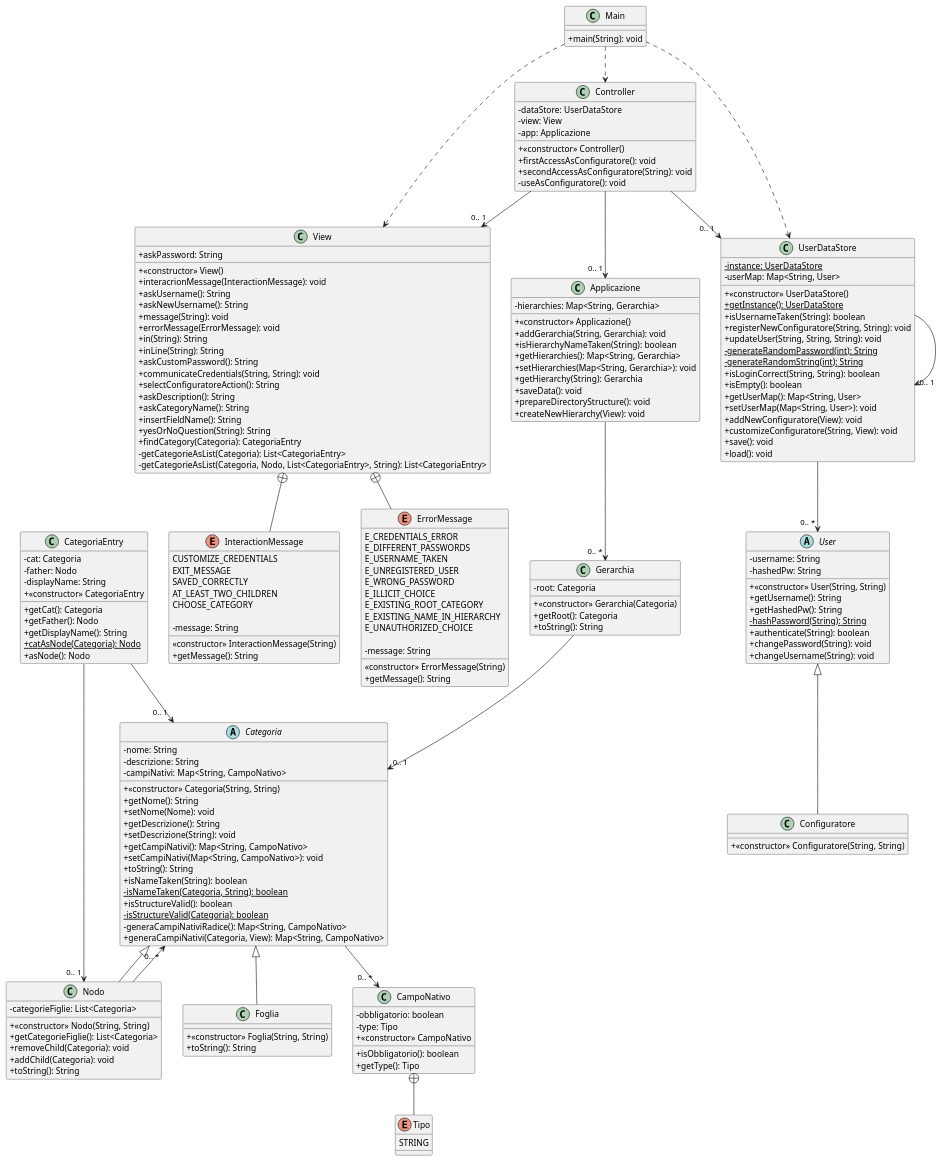
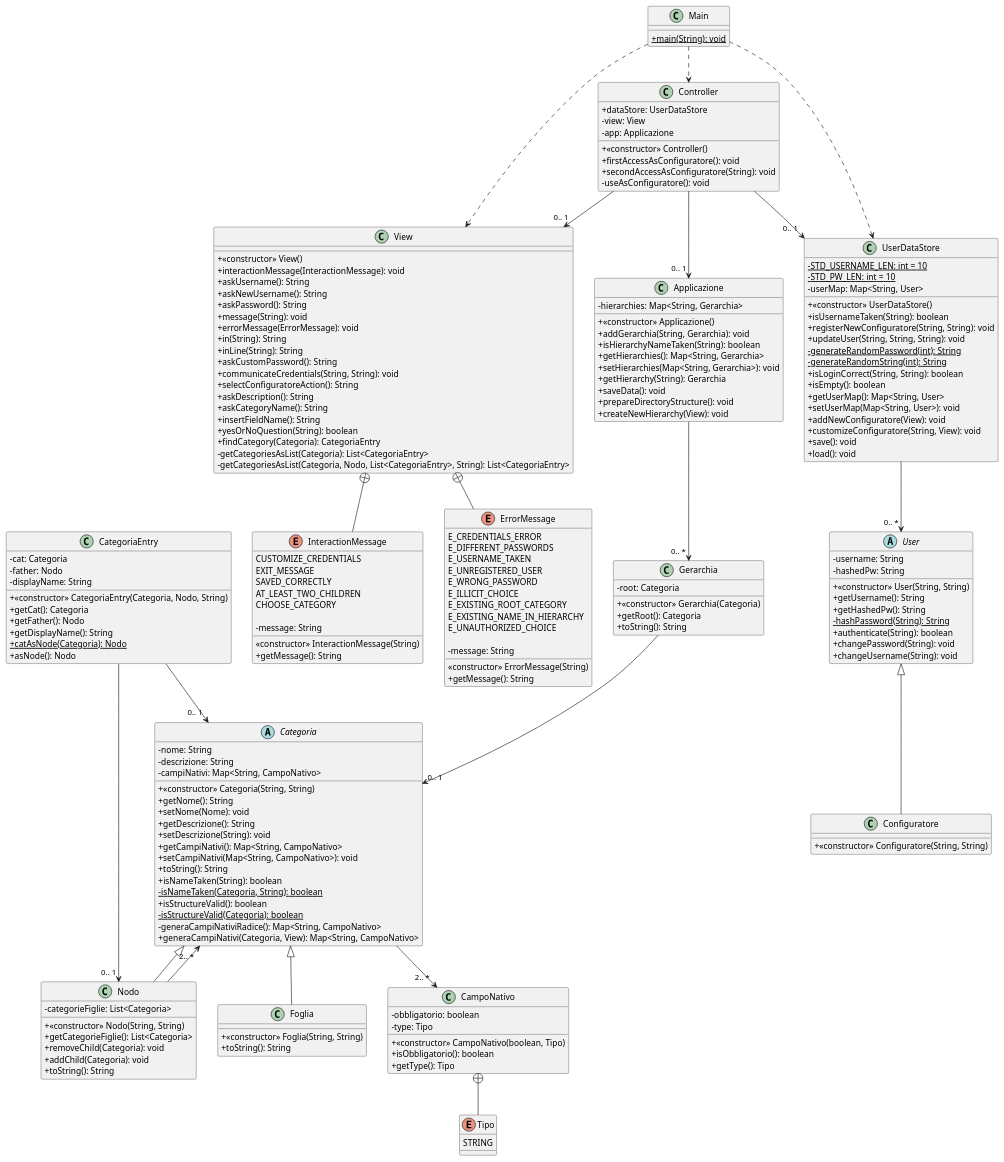
One commit to eletoo/inge_del_software changed the diagram in doc/uml/version1/puml/Class diagram simplified-Versione1.0.puml. Above: the diagram before and after it, drawn with PlantUML. The commit also changed 10 other files, not shown here.

```diff
--- a/doc/uml/version1/puml/Class diagram simplified-Versione1.0.puml
+++ b/doc/uml/version1/puml/Class diagram simplified-Versione1.0.puml
@@ -17,7 +17,7 @@
 class CampoNativo{
 - obbligatorio: boolean
 - type: Tipo
-+ <<constructor>> CampoNativo
++ <<constructor>> CampoNativo(boolean, Tipo)
 + isObbligatorio(): boolean
 + getType(): Tipo
 }
@@ -73,7 +73,7 @@
 - cat: Categoria
 - father: Nodo
 - displayName: String
-+ <<constructor>> CategoriaEntry
++ <<constructor>> CategoriaEntry(Categoria, Nodo, String)
 + getCat(): Categoria
 + getFather(): Nodo
 + getDisplayName(): String
@@ -97,10 +97,10 @@
 
 class View{
 + <<constructor>> View()
-+ interacrionMessage(InteractionMessage): void
++ interactionMessage(InteractionMessage): void
 + askUsername(): String
 + askNewUsername(): String
-+ askPassword: String
++ askPassword(): String
 + message(String): void
 + errorMessage(ErrorMessage): void
 + in(String): String
@@ -111,10 +111,10 @@
 + askDescription(): String
 + askCategoryName(): String
 + insertFieldName(): String
-+ yesOrNoQuestion(String): String
++ yesOrNoQuestion(String): boolean
 + findCategory(Categoria): CategoriaEntry
-- getCategorieAsList(Categoria): List<CategoriaEntry>
-- getCategorieAsList(Categoria, Nodo, List<CategoriaEntry>, String): List<CategoriaEntry>
+- getCategoriesAsList(Categoria): List<CategoriaEntry>
+- getCategoriesAsList(Categoria, Nodo, List<CategoriaEntry>, String): List<CategoriaEntry>
 }
 
 enum ErrorMessage{
@@ -146,10 +146,10 @@
 }
 
 class UserDataStore{
-- {static}instance: UserDataStore
+- {static}STD_USERNAME_LEN: int = 10
+- {static}STD_PW_LEN: int = 10
 - userMap: Map<String, User>
 + <<constructor>> UserDataStore()
-+ {static}getInstance(): UserDataStore
 + isUsernameTaken(String): boolean
 + registerNewConfiguratore(String, String): void
 + updateUser(String, String, String): void
@@ -166,7 +166,7 @@
 }
 
 class Controller{
-- dataStore: UserDataStore
++ dataStore: UserDataStore
 - view: View
 - app: Applicazione
 + <<constructor>> Controller()
@@ -176,7 +176,7 @@
 }
 
 class Main{
-+ main(String): void
++ {static}main(String): void
 }
 
 CampoNativo +-- Tipo
@@ -189,13 +189,12 @@
 Controller --> "0.. 1 " UserDataStore
 Controller --> "0.. 1 " View
 Controller --> "0.. 1 " Applicazione
-UserDataStore --> "0.. 1 " UserDataStore
 CategoriaEntry --> "0.. 1 " Categoria
 CategoriaEntry --> "0.. 1 " Nodo
-Categoria --> "0.. * " CampoNativo
+Categoria --> "2.. * " CampoNativo
 Gerarchia --> "0.. 1 " Categoria
 Applicazione --> "0.. * " Gerarchia
-Nodo --> "0.. * " Categoria
+Nodo --> "2.. * " Categoria
 Categoria <|-- Nodo
 Categoria <|-- Foglia
 User <|-- Configuratore
```
